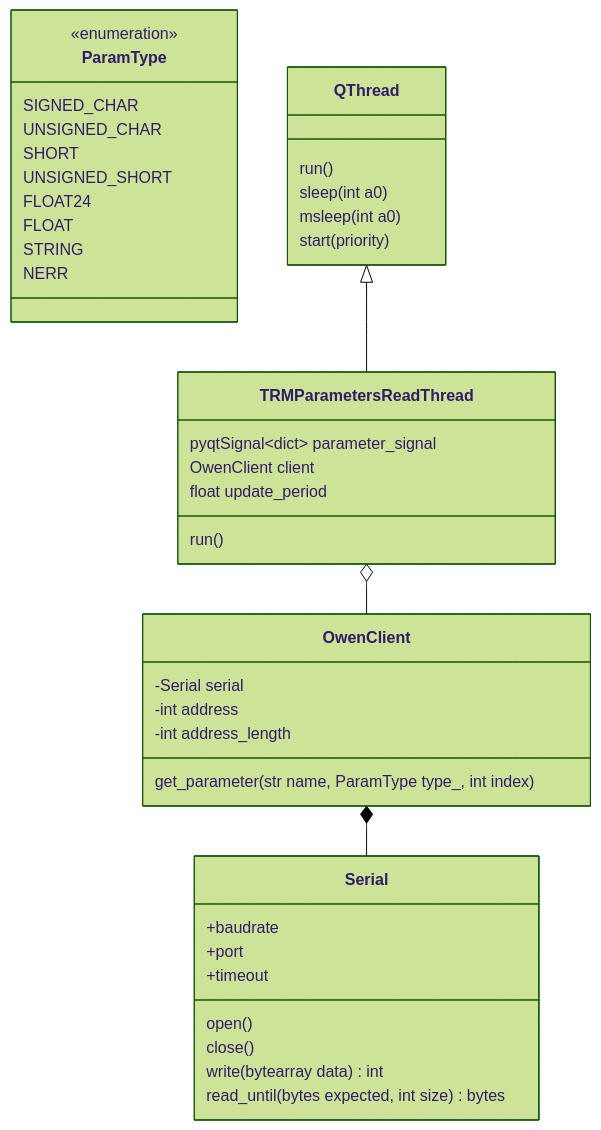
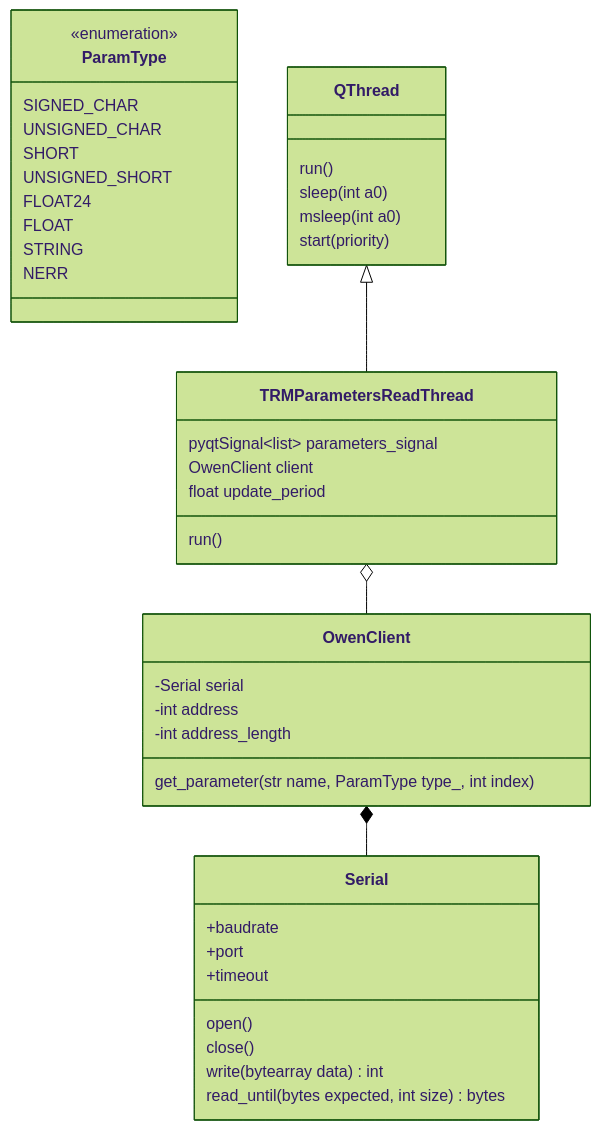
Before and after one commit to Marik28/dissertation: the fourth of 7 diagrams in data/diagrams/диаграмма классов.md, drawn with Mermaid (forest theme). The commit also changed other lines of this file and 12 other files, not shown here.

````diff
--- a/data/diagrams/диаграмма классов.md
+++ b/data/diagrams/диаграмма классов.md
@@ -200,50 +218,50 @@
 ```mermaid
 classDiagram
     
     class OwenClient {
         -Serial serial
         -int address
         -int address_length
         get_parameter(str name, ParamType type_, int index)
     }
     
     class Serial {
         +baudrate
         +port
         +timeout
         open()
         close()
         write(bytearray data) int
         read_until(bytes expected, int size) bytes
     }
     
     class ParamType {
         <<enumeration>>
         SIGNED_CHAR
         UNSIGNED_CHAR
         SHORT
         UNSIGNED_SHORT
         FLOAT24
         FLOAT
         STRING
         NERR        
     }
     
     class TRMParametersReadThread {
-        pyqtSignal~dict~ parameter_signal
+        pyqtSignal~list~ parameters_signal
         OwenClient client
         float update_period
         run()
     }
     
     class QThread {
         run()
         sleep(int a0)
         msleep(int a0)
         start(priority)
     }
     
     OwenClient *-- Serial
     QThread <|-- TRMParametersReadThread
     TRMParametersReadThread o-- OwenClient 
 ```
````
